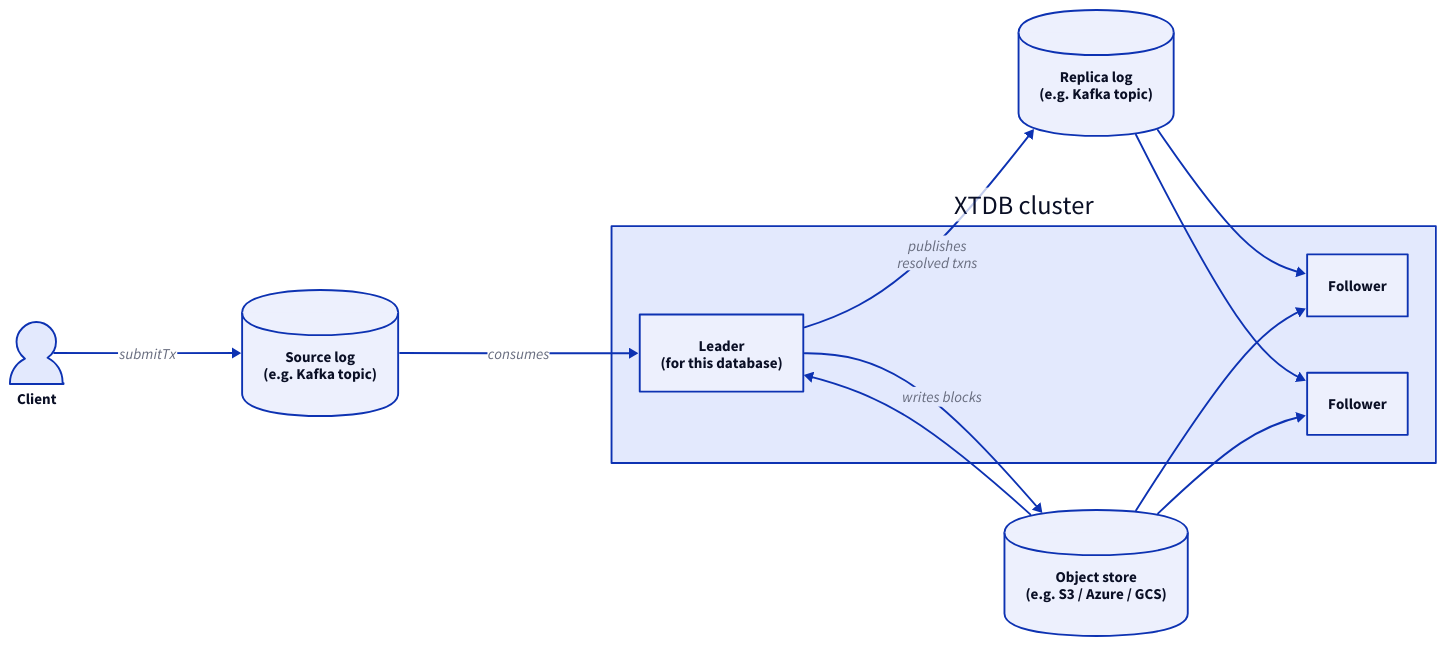
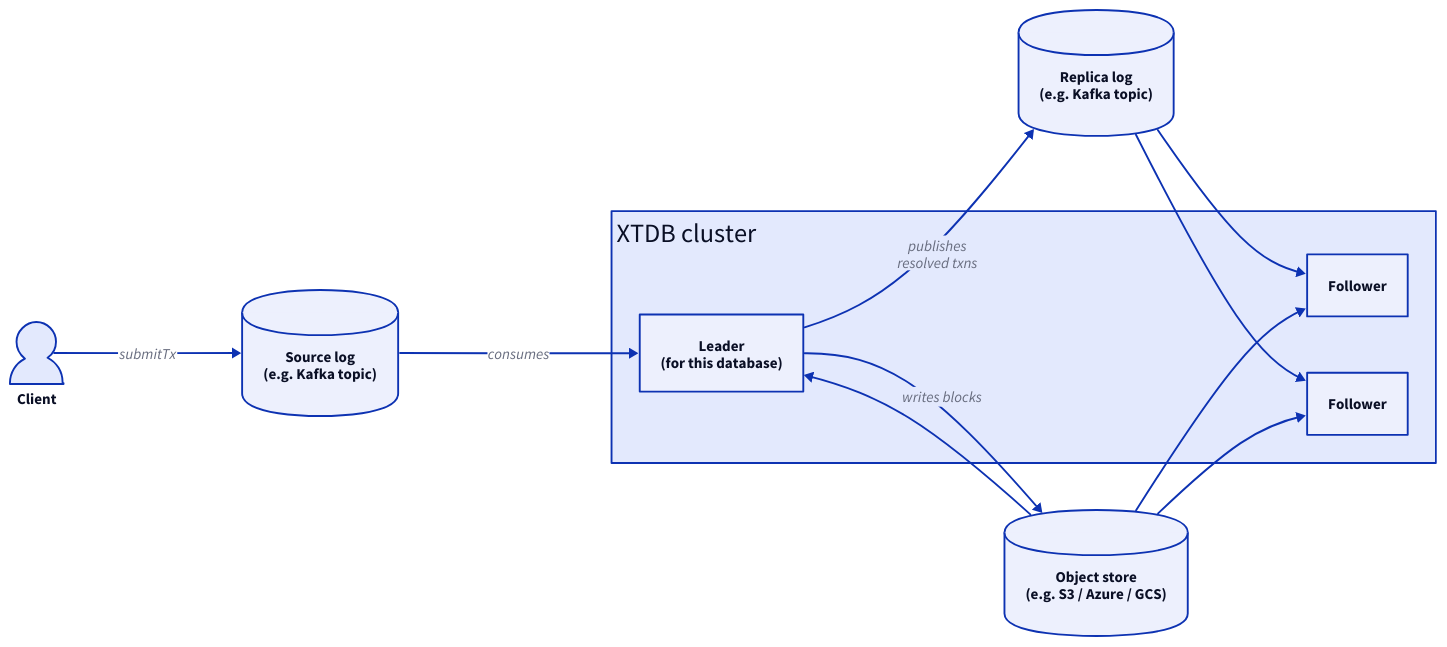
Before and after one commit to xtdb/xtdb: the second of 2 diagrams in docs/src/content/docs/about/dbs-in-xtdb.md, drawn with D2. The commit also changed other lines of this file and 2 other files, not shown here.

````diff
--- a/docs/src/content/docs/about/dbs-in-xtdb.md
+++ b/docs/src/content/docs/about/dbs-in-xtdb.md
@@ -147,37 +165,38 @@
 ```d2
 direction: right
 
 client: Client {
   shape: person
 }
 
 source: "Source log\n(e.g. Kafka topic)" {
   shape: cylinder
 }
 
 replica: "Replica log\n(e.g. Kafka topic)" {
   shape: cylinder
 }
 
 cluster: XTDB cluster {
+  label.near: top-left
   leader: "Leader\n(for this database)" {
     style.bold: true
   }
   f1: Follower
   f2: Follower
 }
 
 objstore: "Object store\n(e.g. S3 / Azure / GCS)" {
   shape: cylinder
 }
 
 client -> source: "submitTx"
 source -> cluster.leader: "consumes"
 cluster.leader -> replica: "publishes\nresolved txns"
 replica -> cluster.f1
 replica -> cluster.f2
 cluster.leader -> objstore: "writes blocks"
 objstore -> cluster.leader
 objstore -> cluster.f1
 objstore -> cluster.f2
 ```
````
